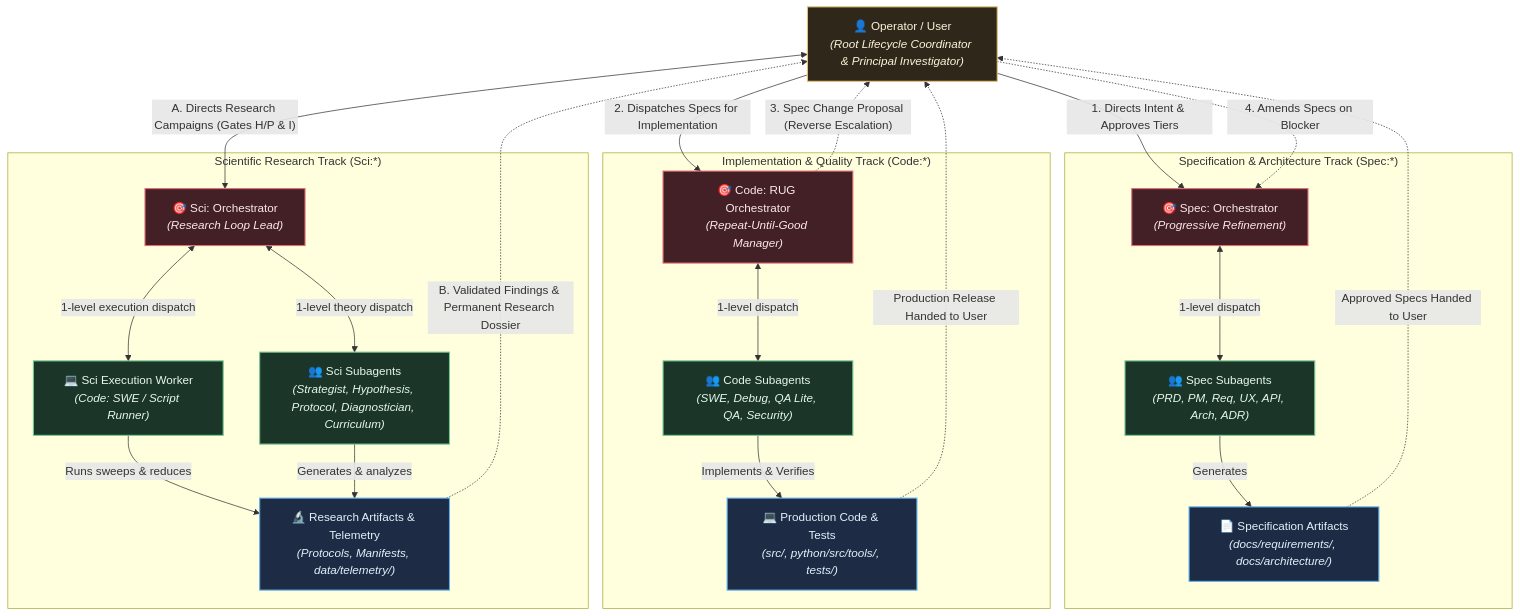
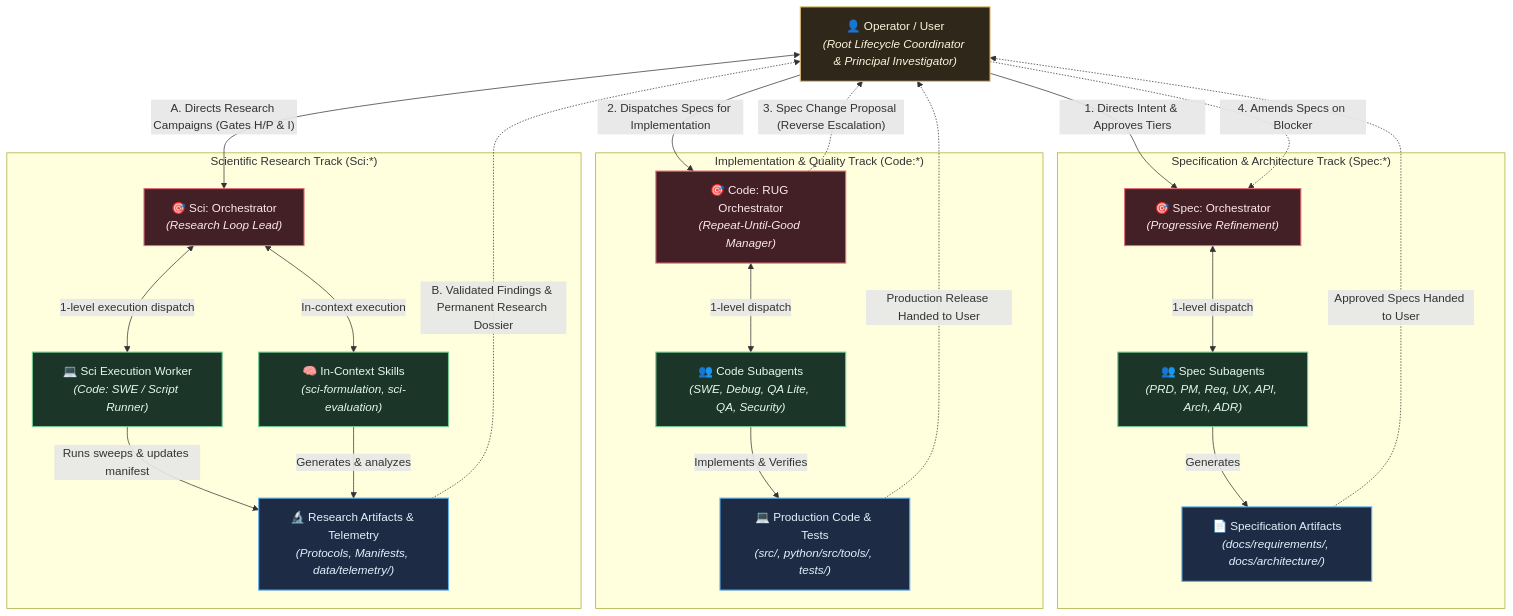
The first of 4 diagrams in README.md (Shapedsundew9/ttt-experiment-2), drawn with Mermaid before and after one commit. The commit also changed other lines of this file and 57 other files, not shown here.

````diff
--- a/README.md
+++ b/README.md
@@ -67,74 +67,74 @@
 ```mermaid
 %%{init: {
   'theme': 'base',
   'themeVariables': {
     'darkMode': true,
     'background': '#161922',
     'mainBkg': '#1e2230',
     'nodeBorder': '#434c5e',
     'textColor': '#e2e8f0',
     'fontFamily': 'ui-sans-serif, system-ui, -apple-system, BlinkMacSystemFont, "Segoe UI", Roboto, sans-serif',
     'fontSize': '14px',
     'lineColor': '#8892b0',
     'primaryColor': '#422026',
     'primaryTextColor': '#fde8ec',
     'primaryBorderColor': '#e06c75',
     'secondaryColor': '#1b3528',
     'secondaryTextColor': '#e6f7ee',
     'secondaryBorderColor': '#73c991',
     'tertiaryColor': '#1d2c44',
     'tertiaryTextColor': '#e4f0fc',
     'tertiaryBorderColor': '#61afef',
     'clusterBkg': '#13161f',
     'clusterBorder': '#373e51',
     'noteBkgColor': '#2e271a',
     'noteTextColor': '#fdf4db',
     'noteBorderColor': '#e5c07b',
     'edgeLabelBackground': '#1a1d27'
   }
 }}%%
 flowchart TB
     classDef primary fill:#422026,stroke:#e06c75,stroke-width:1.5px,color:#fde8ec;
     classDef secondary fill:#1b3528,stroke:#73c991,stroke-width:1.5px,color:#e6f7ee;
     classDef tertiary fill:#1d2c44,stroke:#61afef,stroke-width:1.5px,color:#e4f0fc;
     classDef note fill:#2e271a,stroke:#e5c07b,stroke-width:1.5px,color:#fdf4db;
 
     USER["👤 Operator / User<br/><i>(Root Lifecycle Coordinator & Principal Investigator)</i>"]:::note
 
     subgraph SPEC_TRACK["Specification & Architecture Track (Spec:*)"]
         SPEC_O["🎯 Spec: Orchestrator<br/><i>(Progressive Refinement)</i>"]:::primary
         SPEC_SUBS["👥 Spec Subagents<br/><i>(PRD, PM, Req, UX, API, Arch, ADR)</i>"]:::secondary
         SPEC_ARTS["📄 Specification Artifacts<br/><i>(docs/requirements/, docs/architecture/)</i>"]:::tertiary
         SPEC_O <-->|"1-level dispatch"| SPEC_SUBS
         SPEC_SUBS -->|"Generates"| SPEC_ARTS
     end
 
     subgraph CODE_TRACK["Implementation & Quality Track (Code:*)"]
         CODE_O["🎯 Code: RUG Orchestrator<br/><i>(Repeat-Until-Good Manager)</i>"]:::primary
         CODE_SUBS["👥 Code Subagents<br/><i>(SWE, Debug, QA Lite, QA, Security)</i>"]:::secondary
         CODE_PROD["💻 Production Code & Tests<br/><i>(src/, python/src/tools/, tests/)</i>"]:::tertiary
         CODE_O <-->|"1-level dispatch"| CODE_SUBS
         CODE_SUBS -->|"Implements & Verifies"| CODE_PROD
     end
 
     subgraph SCI_TRACK["Scientific Research Track (Sci:*)"]
         SCI_O["🎯 Sci: Orchestrator<br/><i>(Research Loop Lead)</i>"]:::primary
-        SCI_SUBS["👥 Sci Subagents<br/><i>(Strategist, Hypothesis, Protocol, Diagnostician, Curriculum)</i>"]:::secondary
+        SCI_SKILLS["🧠 In-Context Skills<br/><i>(sci-formulation, sci-evaluation)</i>"]:::secondary
         SCI_SWE["💻 Sci Execution Worker<br/><i>(Code: SWE / Script Runner)</i>"]:::secondary
         SCI_ARTS["🔬 Research Artifacts & Telemetry<br/><i>(Protocols, Manifests, data/telemetry/)</i>"]:::tertiary
-        SCI_O <-->|"1-level theory dispatch"| SCI_SUBS
+        SCI_O <-->|"In-context execution"| SCI_SKILLS
         SCI_O <-->|"1-level execution dispatch"| SCI_SWE
-        SCI_SWE -->|"Runs sweeps & reduces"| SCI_ARTS
-        SCI_SUBS -->|"Generates & analyzes"| SCI_ARTS
+        SCI_SWE -->|"Runs sweeps & updates manifest"| SCI_ARTS
+        SCI_SKILLS -->|"Generates & analyzes"| SCI_ARTS
     end
 
     USER -->|"1. Directs Intent & Approves Tiers"| SPEC_O
     SPEC_ARTS -.->|"Approved Specs Handed to User"| USER
     USER -->|"2. Dispatches Specs for Implementation"| CODE_O
     CODE_PROD -.->|"Production Release Handed to User"| USER
     CODE_O -.->|"3. Spec Change Proposal (Reverse Escalation)"| USER
     USER -.->|"4. Amends Specs on Blocker"| SPEC_O
 
     USER <-->|"A. Directs Research Campaigns (Gates H/P & I)"| SCI_O
     SCI_ARTS -.->|"B. Validated Findings & Permanent Research Dossier"| USER
 ```
````
